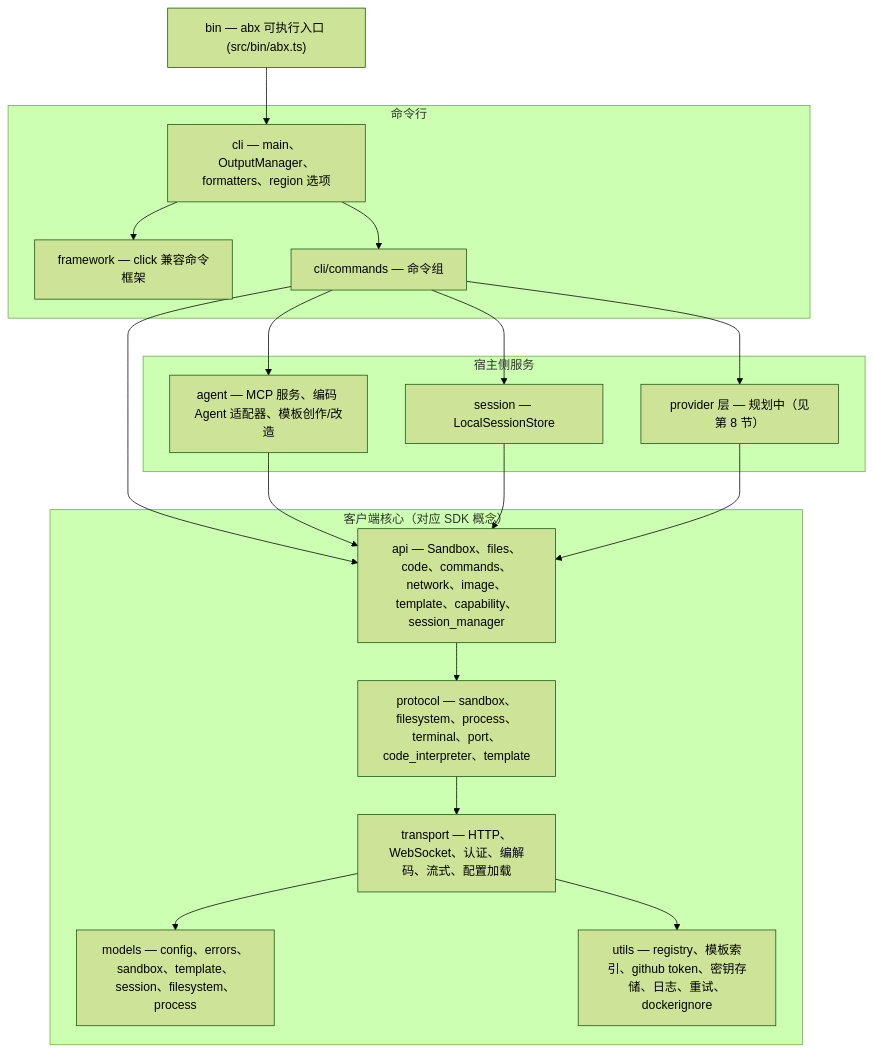
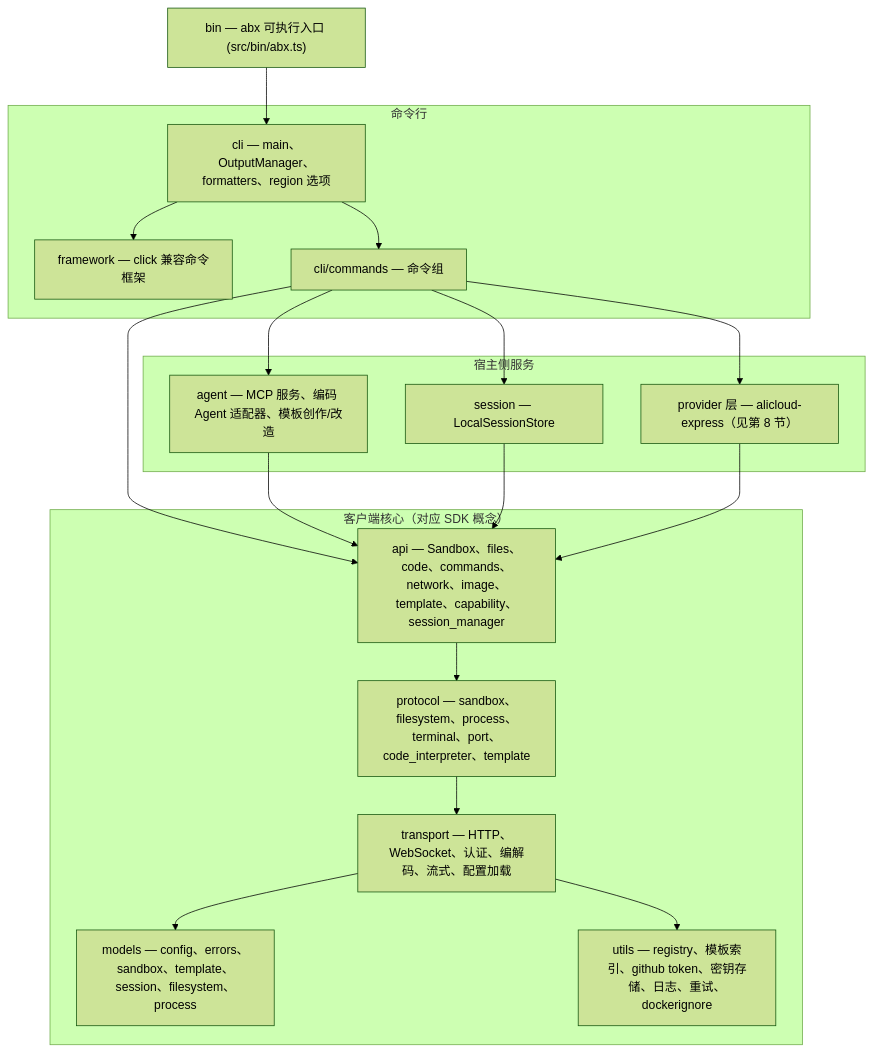
One commit to Alibaba-Agent-Sandbox/agent-sandbox changed the diagram in docs/zh/design/architecture.md. Above: the diagram before and after it, drawn with Mermaid (forest theme). The commit also changed other lines of this file and 95 other files, not shown here.

````diff
--- a/docs/zh/design/architecture.md
+++ b/docs/zh/design/architecture.md
@@ -15,35 +15,35 @@
 ```mermaid
 graph TB
     BIN["bin — abx 可执行入口 (src/bin/abx.ts)"]
     subgraph Front["命令行"]
         FW["framework — click 兼容命令框架"]
         CLI["cli — main、OutputManager、formatters、region 选项"]
         CMD["cli/commands — 命令组"]
     end
     subgraph Services["宿主侧服务"]
         AG["agent — MCP 服务、编码 Agent 适配器、模板创作/改造"]
-        PRV["provider 层 — 规划中（见第 8 节）"]
+        PRV["provider 层 — alicloud-express（见第 8 节）"]
         SES["session — LocalSessionStore"]
     end
     subgraph Core["客户端核心（对应 SDK 概念）"]
         API["api — Sandbox、files、code、commands、network、image、template、capability、session_manager"]
         PRO["protocol — sandbox、filesystem、process、terminal、port、code_interpreter、template"]
         TRA["transport — HTTP、WebSocket、认证、编解码、流式、配置加载"]
         MOD["models — config、errors、sandbox、template、session、filesystem、process"]
         UTL["utils — registry、模板索引、github token、密钥存储、日志、重试、dockerignore"]
     end
 
     BIN --> CLI
     CLI --> FW
     CLI --> CMD
     CMD --> AG
     CMD --> SES
     CMD --> API
     CMD --> PRV
     AG --> API
     SES --> API
     PRV --> API
     API --> PRO --> TRA
     TRA --> MOD
     TRA --> UTL
 ```
````
